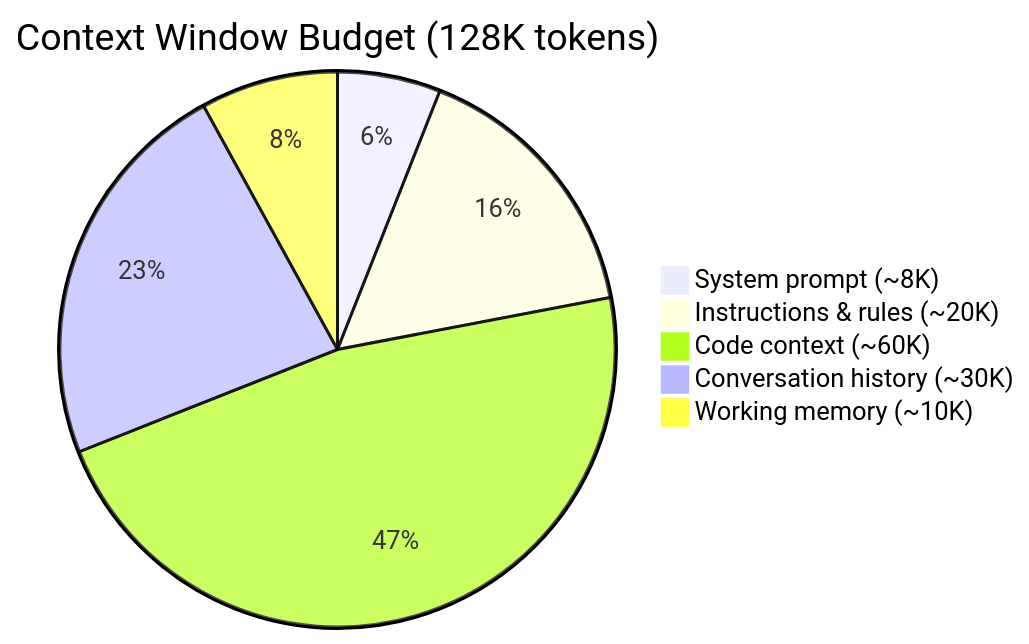
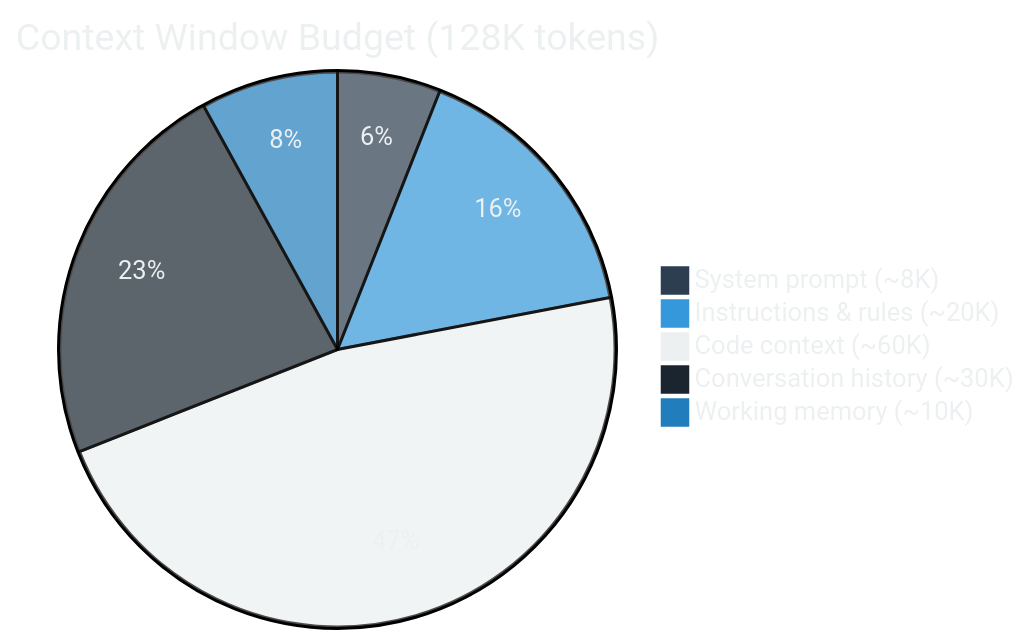
The diagram in handbook/ch11-context-engineering.qmd (danielmeppiel/agentic-sdlc-handbook), drawn with Mermaid before and after one commit. The commit also changed 20 other files, not shown here.

First line of the commit message:
feat: add accessibility metadata and consistent theme to all 35 diagrams

````diff
--- a/handbook/ch11-context-engineering.qmd
+++ b/handbook/ch11-context-engineering.qmd
@@ -15,9 +15,13 @@
 ```{mermaid}
 %%| fig-width: 4.5
+%%| fig-cap: "Context window budget allocation for a typical 128K-token agent session"
+%%| fig-alt: "Pie chart showing context window budget: Code context is the largest segment at 47% (~60K tokens), followed by Conversation history at 23% (~30K tokens), Instructions and rules at 16% (~20K tokens), Working memory at 8% (~10K tokens), and System prompt at 6% (~8K tokens)."
+%%| label: fig-context-budget
+%%{init: {'theme': 'base', 'themeVariables': {'primaryColor': '#2c3e50', 'primaryTextColor': '#ecf0f1', 'primaryBorderColor': '#34495e', 'lineColor': '#7f8c8d', 'secondaryColor': '#3498db', 'tertiaryColor': '#ecf0f1', 'fontSize': '14px'}}}%%
 pie title Context Window Budget (128K tokens)
     "System prompt (~8K)" : 6
     "Instructions & rules (~20K)" : 16
     "Code context (~60K)" : 47
     "Conversation history (~30K)" : 23
     "Working memory (~10K)" : 8
 ```
````
